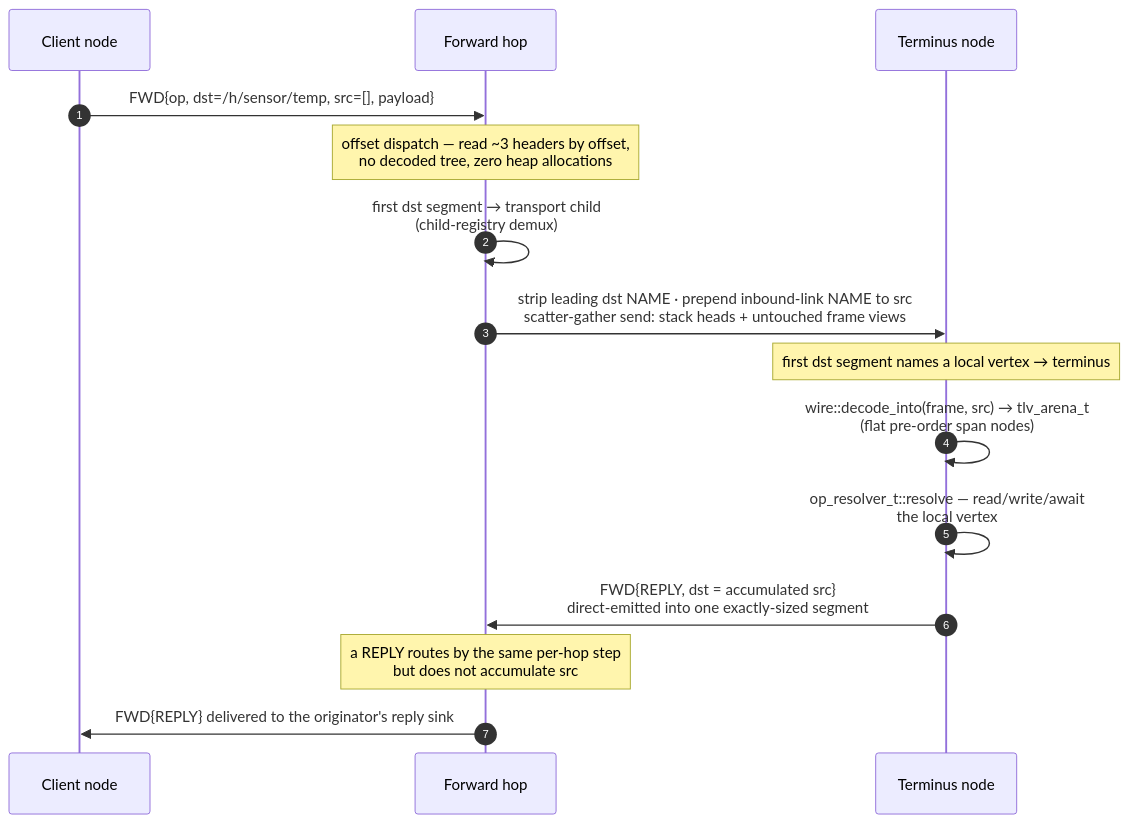
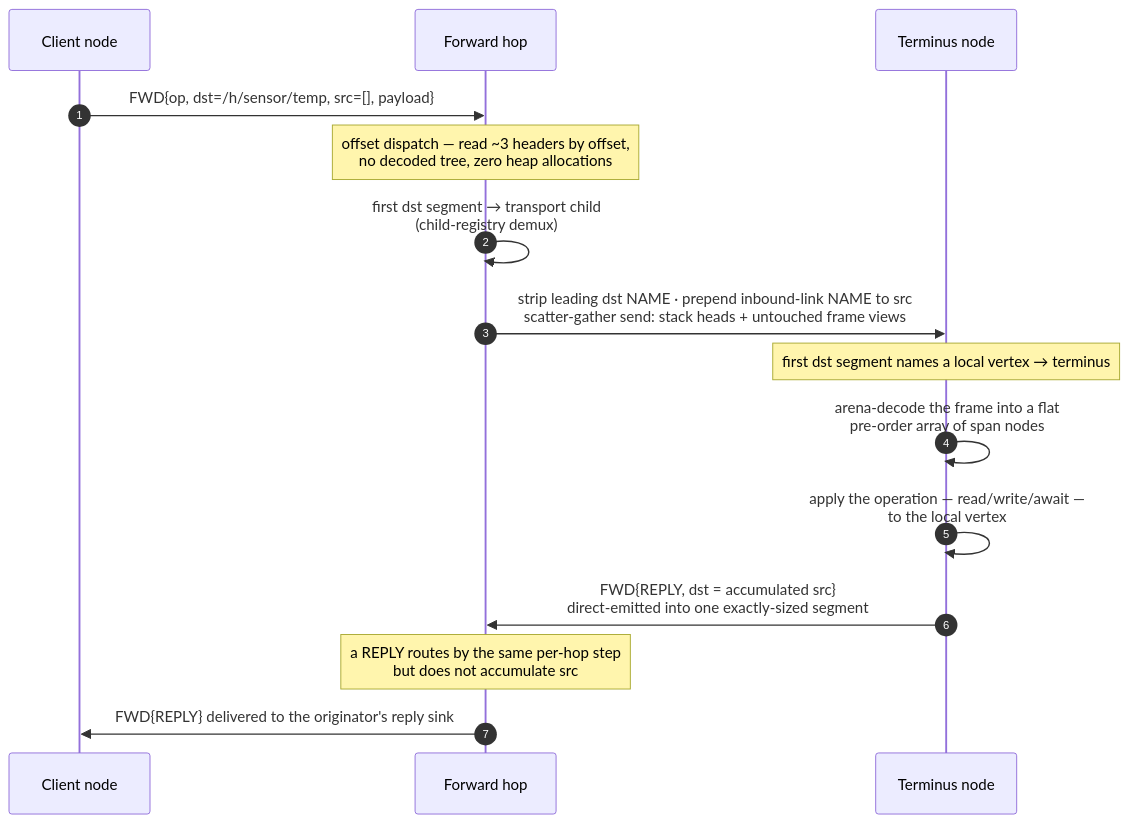
The second of 6 diagrams in docs/reference/04-communication-flows.md (avatarsd-llc/libtracer), drawn with Mermaid before and after one commit. The commit also changed other lines of this file and 45 other files, not shown here.

````diff
--- a/docs/reference/04-communication-flows.md
+++ b/docs/reference/04-communication-flows.md
@@ -223,17 +244,17 @@
 ```{mermaid}
 sequenceDiagram
     autonumber
     participant C as Client node
     participant H as Forward hop
     participant T as Terminus node
     C->>H: FWD{op, dst=/h/sensor/temp, src=[], payload}
     Note over H: offset dispatch — read ~3 headers by offset,<br/>no decoded tree, zero heap allocations
     H->>H: first dst segment → transport child<br/>(child-registry demux)
     H->>T: strip leading dst NAME · prepend inbound-link NAME to src<br/>scatter-gather send: stack heads + untouched frame views
     Note over T: first dst segment names a local vertex → terminus
-    T->>T: wire::decode_into(frame, src) → tlv_arena_t<br/>(flat pre-order span nodes)
-    T->>T: op_resolver_t::resolve — read/write/await<br/>the local vertex
+    T->>T: arena-decode the frame into a flat<br/>pre-order array of span nodes
+    T->>T: apply the operation — read/write/await —<br/>to the local vertex
     T->>H: FWD{REPLY, dst = accumulated src}<br/>direct-emitted into one exactly-sized segment
     Note over H: a REPLY routes by the same per-hop step<br/>but does not accumulate src
     H->>C: FWD{REPLY} delivered to the originator's reply sink
 ```
````
